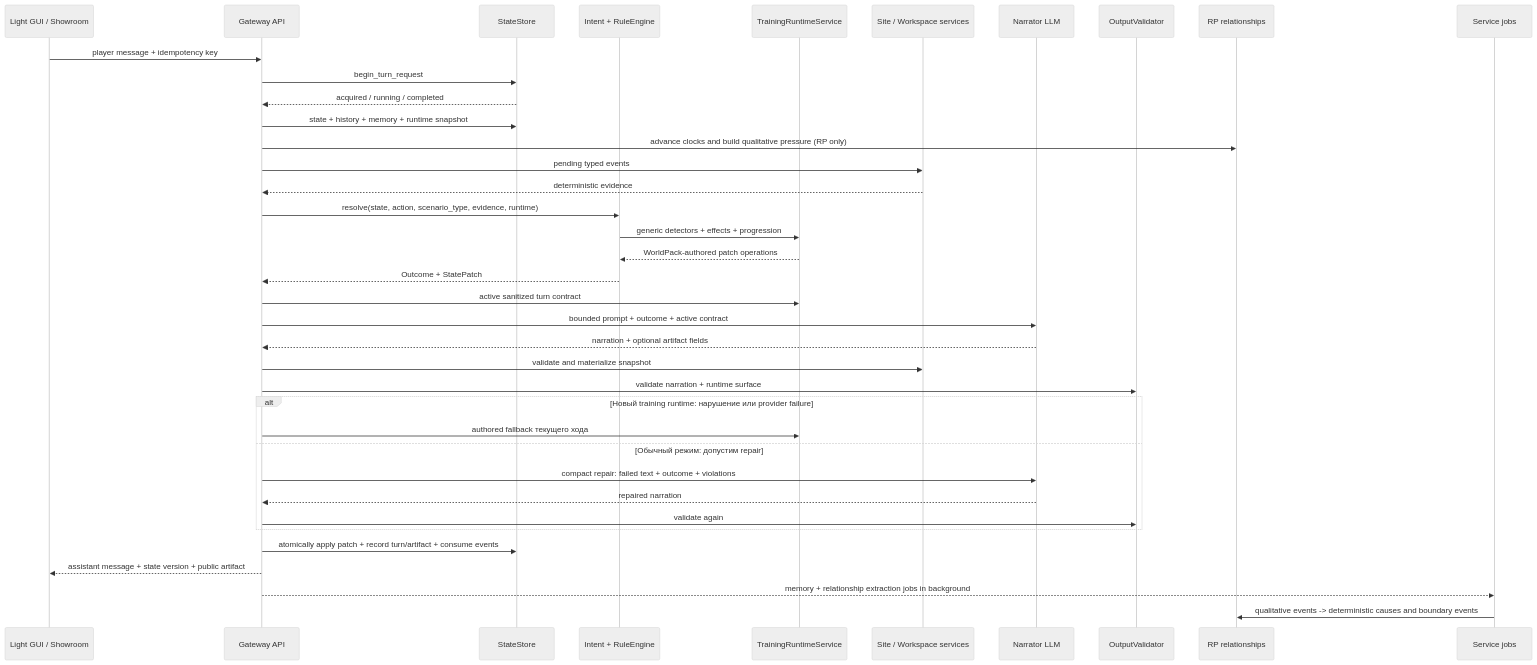
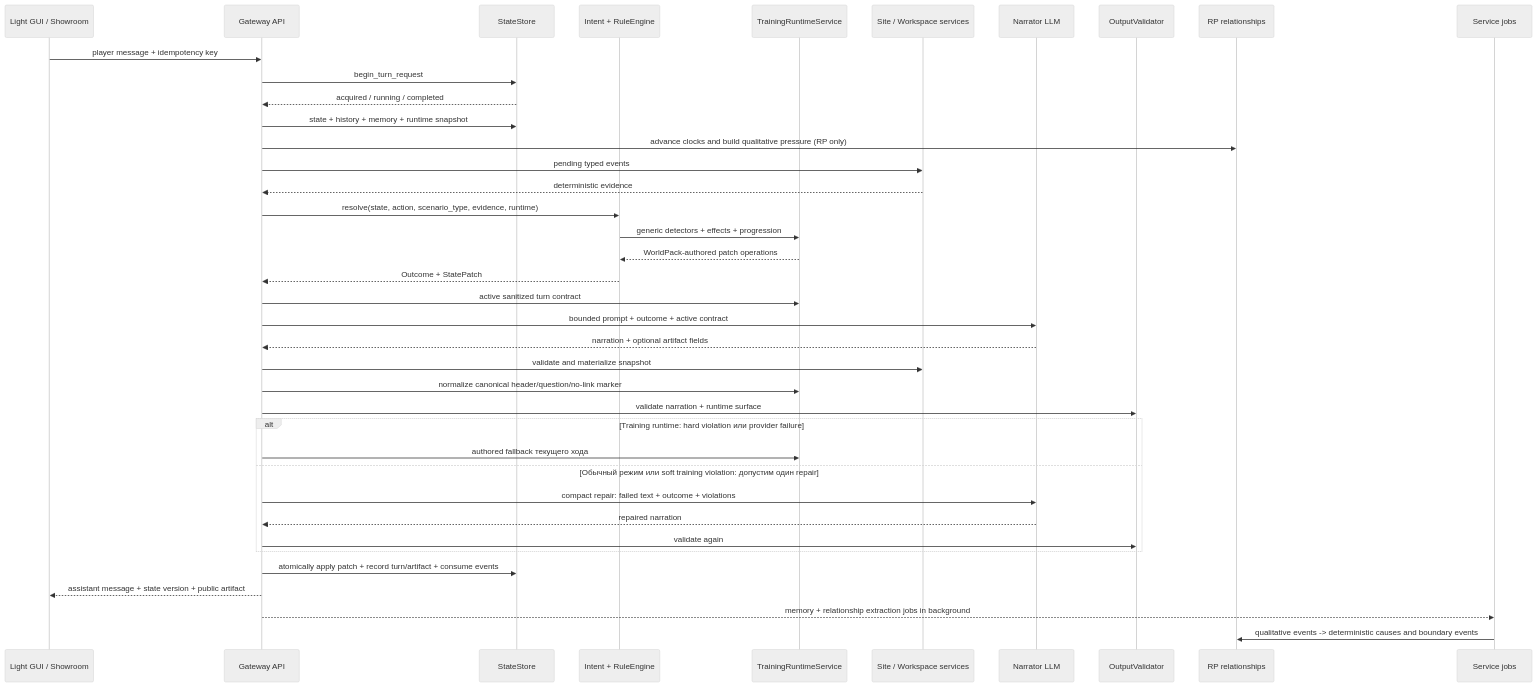
Before and after one commit to abykovwww-byte/ubuntu_ansible_palybooks: the first of 2 diagrams in docs/wiki/03-turn-lifecycle.md, drawn with Mermaid (neutral theme). The commit also changed other lines of this file and 19 other files, not shown here.

````diff
--- a/docs/wiki/03-turn-lifecycle.md
+++ b/docs/wiki/03-turn-lifecycle.md
@@ -7,41 +7,42 @@
 ```mermaid
 sequenceDiagram
     participant UI as Light GUI / Showroom
     participant API as Gateway API
     participant Store as StateStore
     participant Rules as Intent + RuleEngine
     participant Runtime as TrainingRuntimeService
     participant Art as Site / Workspace services
     participant LLM as Narrator LLM
     participant Val as OutputValidator
     participant Rel as RP relationships
     participant Jobs as Service jobs
 
     UI->>API: player message + idempotency key
     API->>Store: begin_turn_request
     Store-->>API: acquired / running / completed
     API->>Store: state + history + memory + runtime snapshot
     API->>Rel: advance clocks and build qualitative pressure (RP only)
     API->>Art: pending typed events
     Art-->>API: deterministic evidence
     API->>Rules: resolve(state, action, scenario_type, evidence, runtime)
     Rules->>Runtime: generic detectors + effects + progression
     Runtime-->>Rules: WorldPack-authored patch operations
     Rules-->>API: Outcome + StatePatch
     API->>Runtime: active sanitized turn contract
     API->>LLM: bounded prompt + outcome + active contract
     LLM-->>API: narration + optional artifact fields
     API->>Art: validate and materialize snapshot
+    API->>Runtime: normalize canonical header/question/no-link marker
     API->>Val: validate narration + runtime surface
-    alt Новый training runtime: нарушение или provider failure
+    alt Training runtime: hard violation или provider failure
         API->>Runtime: authored fallback текущего хода
-    else Обычный режим: допустим repair
+    else Обычный режим или soft training violation: допустим один repair
         API->>LLM: compact repair: failed text + outcome + violations
         LLM-->>API: repaired narration
         API->>Val: validate again
     end
     API->>Store: atomically apply patch + record turn/artifact + consume events
     API-->>UI: assistant message + state version + public artifact
     API-->>Jobs: memory + relationship extraction jobs in background
     Jobs->>Rel: qualitative events -> deterministic causes and boundary events
 ```
````
